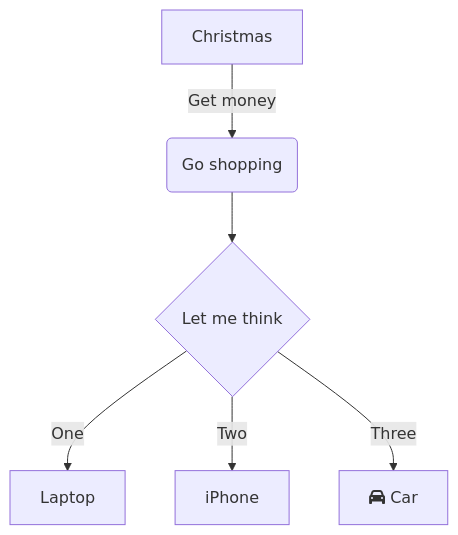
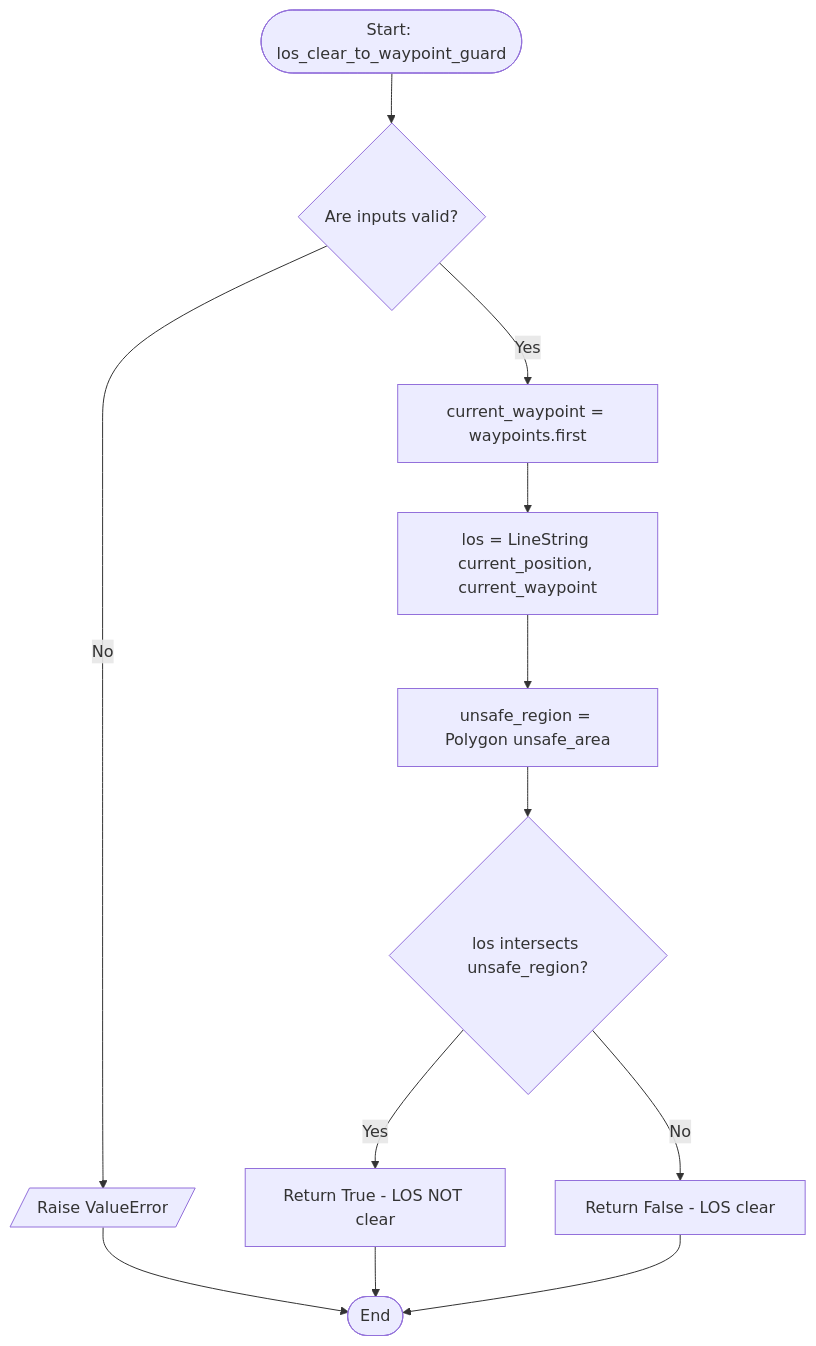
One commit to rymc-dev/colav-automaton changed the diagram in docs/guards/los_clear_to_waypoint_guard.mmd. Above: the diagram before and after it, drawn with Mermaid. The commit also changed 11 other files, not shown here.

```diff
--- a/docs/guards/los_clear_to_waypoint_guard.mmd
+++ b/docs/guards/los_clear_to_waypoint_guard.mmd
@@ -1,6 +1,15 @@
 flowchart TD
-    A[Christmas] -->|Get money| B(Go shopping)
-    B --> C{Let me think}
-    C -->|One| D[Laptop]
-    C -->|Two| E[iPhone]
-    C -->|Three| F[fa:fa-car Car]
+    A([Start: los_clear_to_waypoint_guard]) --> B{Are inputs valid?}
+    B -->|Yes| C[current_waypoint = waypoints.first]
+    B -->|No| D[/Raise ValueError/]
+    D --> J
+
+    C --> E[los = LineString current_position, current_waypoint]
+    E --> F[unsafe_region = Polygon unsafe_area]
+    F --> G{los intersects unsafe_region?}
+
+    G -->|Yes| H[Return True - LOS NOT clear]
+    G -->|No| I[Return False - LOS clear]
+
+    H --> J([End])
+    I --> J
```
